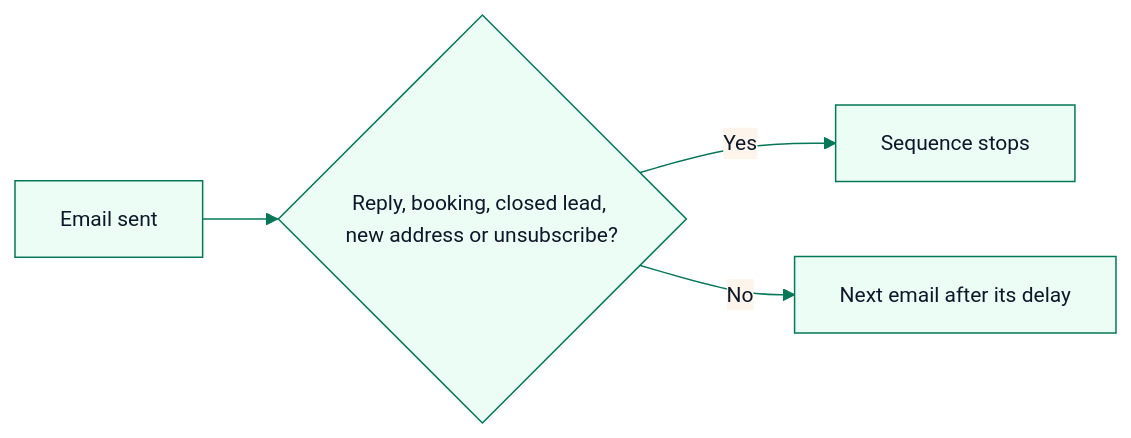
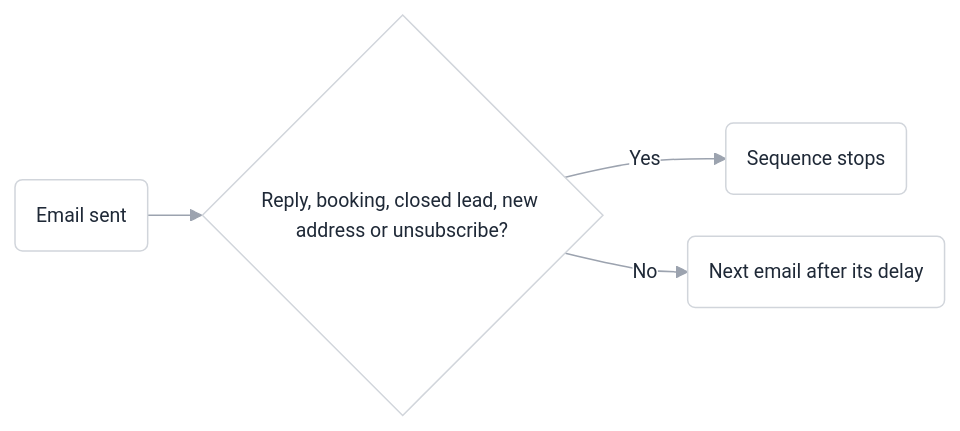
One commit to BharathVasireddy/marro-docs changed the first of 2 diagrams in guides/email-sequences.mdx. Above: the diagram before and after it, drawn with Mermaid. The commit also changed other lines of this file and 95 other files, not shown here.

First line of the commit message:
One guide per settings screen, in the Settings menu's order, with diagrams only where they are needed

````diff
--- a/guides/email-sequences.mdx
+++ b/guides/email-sequences.mdx
@@ -34,7 +34,7 @@
 ```mermaid
-%%{init: {'theme':'base','themeVariables':{'primaryColor':'#ecfdf5','primaryBorderColor':'#047857','primaryTextColor':'#0f172a','lineColor':'#047857','fontSize':'14px'}}}%%
+%%{init: {'theme':'base','flowchart':{'curve':'basis','padding':14,'nodeSpacing':28,'rankSpacing':36},'themeVariables':{'primaryColor':'#ffffff','primaryBorderColor':'#d1d5db','primaryTextColor':'#1f2937','lineColor':'#9ca3af','fontFamily':'Inter, ui-sans-serif, sans-serif','fontSize':'13px','edgeLabelBackground':'#ffffff'}}}%%
 flowchart LR
-  A[Email sent] --> B{Reply, booking, closed lead, new address or unsubscribe?}
-  B -- Yes --> C[Sequence stops]
-  B -- No --> D[Next email after its delay]
+  A(Email sent) --> B{Reply, booking, closed lead, new address or unsubscribe?}
+  B -- Yes --> C(Sequence stops)
+  B -- No --> D(Next email after its delay)
 ```
````
